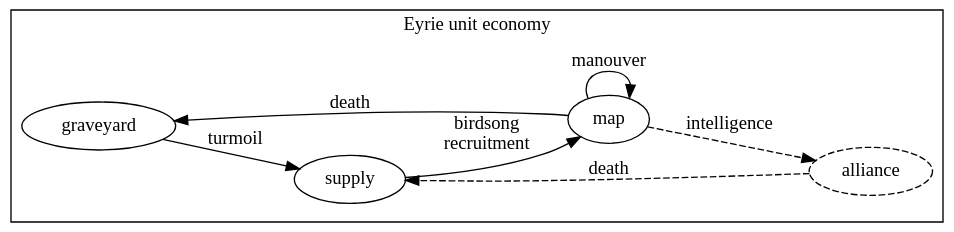
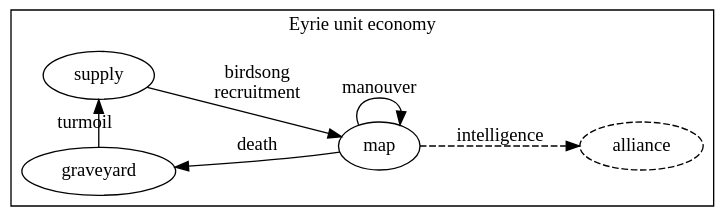
Before and after one commit to krawaller/root: the diagram in diagrams/eyrie-units.dot, drawn with Graphviz. The commit also changed 1 other file, not shown here.

```diff
--- a/diagrams/eyrie-units.dot
+++ b/diagrams/eyrie-units.dot
@@ -1,24 +1,23 @@
 digraph {
   rankdir = LR;
   bgcolor = transparent;
 
   subgraph cluster_eyrieunits {
 
     label = "Eyrie unit economy"
 
     graveyard -> supply [label="turmoil"]
 
     supply -> map [label="birdsong\nrecruitment"]
 
     map -> graveyard [label="death"]
 
     map -> map [label="manouver"]
 
     alliance [style="dashed"]
 
     map -> alliance [label="intelligence" style="dashed"]
 
-    alliance -> supply [label="death" style="dashed"]
-
+    {rank=same; graveyard, supply}
   }
 }
```
